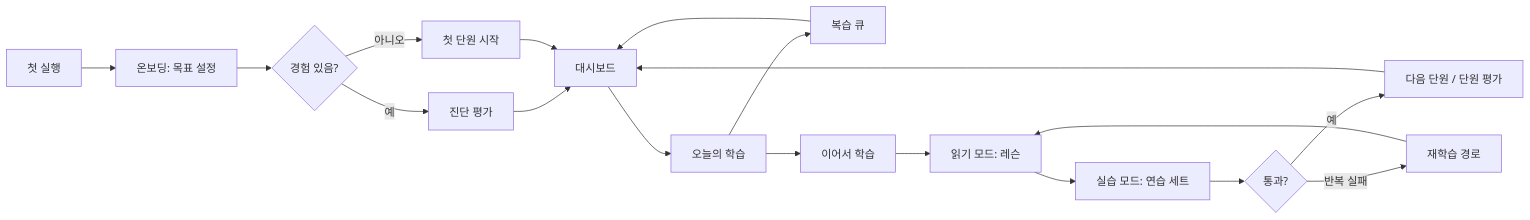
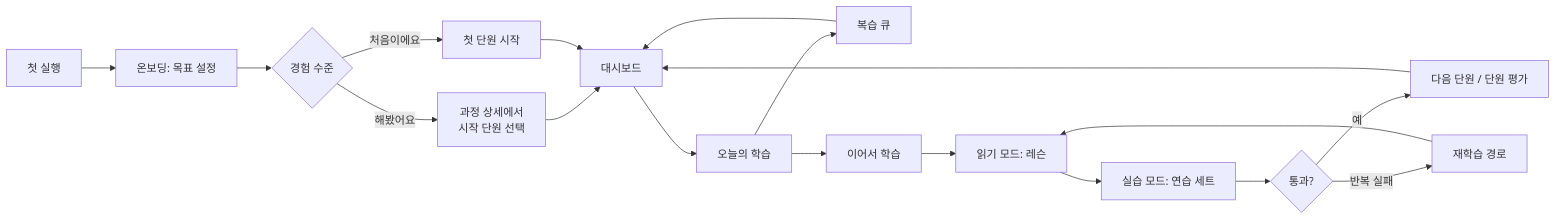
The diagram in docs/product/prd.md (ProgInOne/javascript), drawn with Mermaid before and after one commit. The commit also changed other lines of this file and 9 other files, not shown here.

````diff
--- a/docs/product/prd.md
+++ b/docs/product/prd.md
@@ -90,20 +90,20 @@
 ```mermaid
 flowchart LR
     A[첫 실행] --> B[온보딩: 목표 설정]
-    B --> C{경험 있음?}
-    C -- 예 --> D[진단 평가]
-    C -- 아니오 --> E[첫 단원 시작]
+    B --> C{경험 수준}
+    C -- 처음이에요 --> E[첫 단원 시작]
+    C -- 해봤어요 --> D[과정 상세에서<br/>시작 단원 선택]
     D --> F[대시보드]
     E --> F
     F --> G[오늘의 학습]
     G --> H[복습 큐]
     G --> I[이어서 학습]
     I --> J[읽기 모드: 레슨]
     J --> K[실습 모드: 연습 세트]
     K --> L{통과?}
     L -- 예 --> M[다음 단원 / 단원 평가]
     L -- 반복 실패 --> N[재학습 경로]
     N --> J
     H --> F
     M --> F
 ```
````
